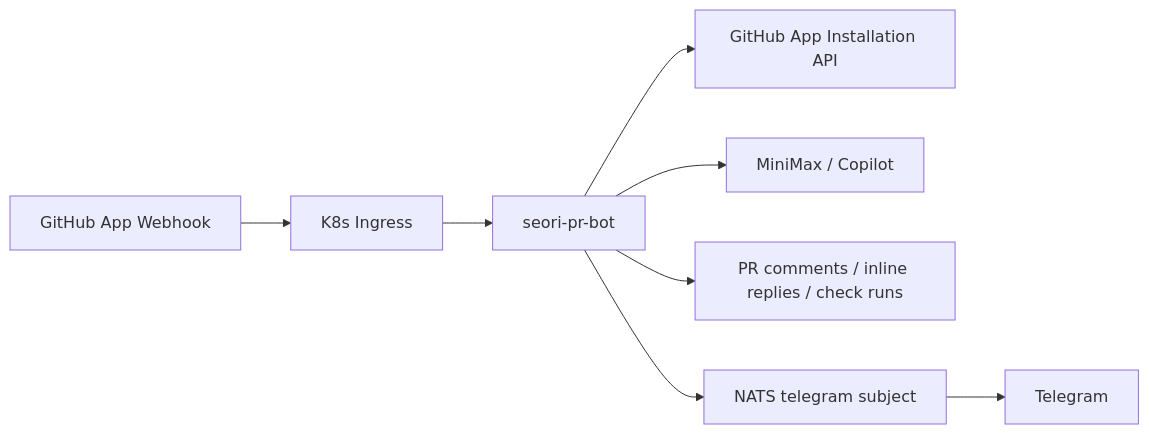
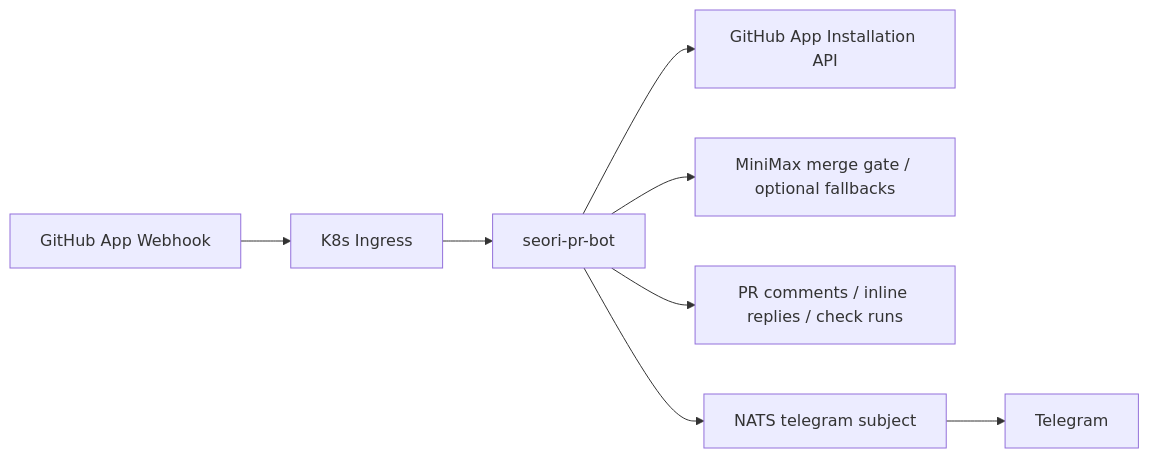
One commit to seorilabs/gemini-pr-bot changed the first of 4 diagrams in README.md. Above: the diagram before and after it, drawn with Mermaid. The commit also changed other lines of this file and 16 other files, not shown here.

````diff
--- a/README.md
+++ b/README.md
@@ -5,10 +5,10 @@
 ```mermaid
 flowchart LR
   GitHub["GitHub App Webhook"] --> Ingress["K8s Ingress"]
   Ingress --> Bot["seori-pr-bot"]
   Bot --> GitHubAPI["GitHub App Installation API"]
-  Bot --> Providers["MiniMax / Copilot"]
+  Bot --> Providers["MiniMax merge gate / optional fallbacks"]
   Bot --> Comment["PR comments / inline replies / check runs"]
   Bot --> NATS["NATS telegram subject"]
   NATS --> Telegram["Telegram"]
 ```
````
